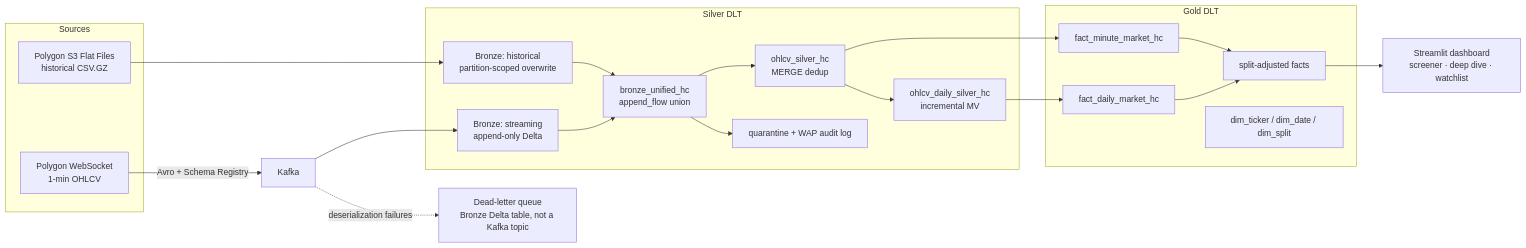
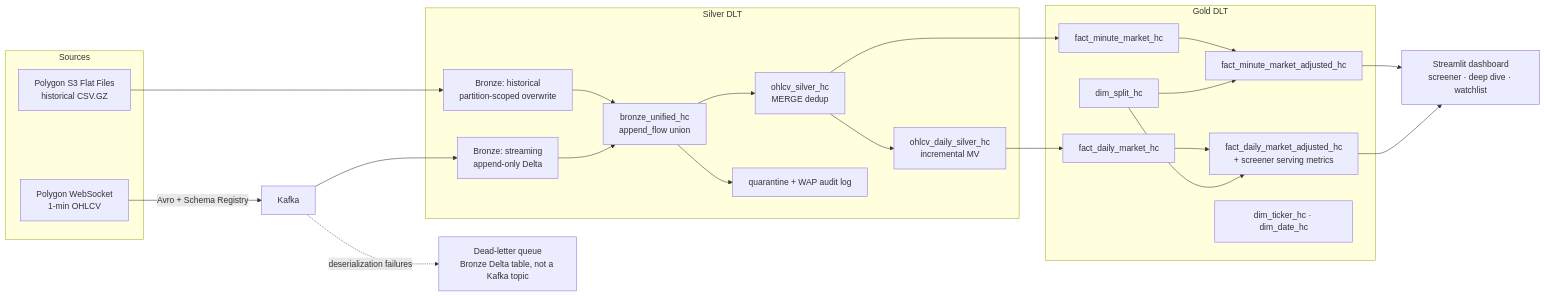
The diagram in README.md (HockChong/Market-Data-Streaming-Analytics-Platform), drawn with Mermaid before and after one commit.

````diff
--- a/README.md
+++ b/README.md
@@ -15,29 +15,33 @@
 ```mermaid
 flowchart LR
     subgraph Sources
         WS[Polygon WebSocket<br/>1-min OHLCV]
         FF[Polygon S3 Flat Files<br/>historical CSV.GZ]
     end
 
     WS -->|Avro + Schema Registry| K[Kafka]
     K --> BS[Bronze: streaming<br/>append-only Delta]
     K -.->|deserialization failures| DLQ[Dead-letter queue<br/>Bronze Delta table, not a Kafka topic]
     FF --> BH[Bronze: historical<br/>partition-scoped overwrite]
 
     subgraph Silver DLT
         BS --> U[bronze_unified_hc<br/>append_flow union]
         BH --> U
         U --> S[ohlcv_silver_hc<br/>MERGE dedup]
         U --> Q[quarantine + WAP audit log]
         S --> D[ohlcv_daily_silver_hc<br/>incremental MV]
     end
 
     subgraph Gold DLT
         D --> FD[fact_daily_market_hc]
         S --> FM[fact_minute_market_hc]
-        FD & FM --> ADJ[split-adjusted facts]
-        DIM[dim_ticker / dim_date / dim_split]
+        SP[dim_split_hc] --> FDA[fact_daily_market_adjusted_hc<br/>+ screener serving metrics]
+        SP --> FMA[fact_minute_market_adjusted_hc]
+        FD --> FDA
+        FM --> FMA
+        DIMS[dim_ticker_hc · dim_date_hc]
     end
 
-    ADJ --> APP[Streamlit dashboard<br/>screener · deep dive · watchlist]
+    FDA --> APP[Streamlit dashboard<br/>screener · deep dive · watchlist]
+    FMA --> APP
 ```
````
